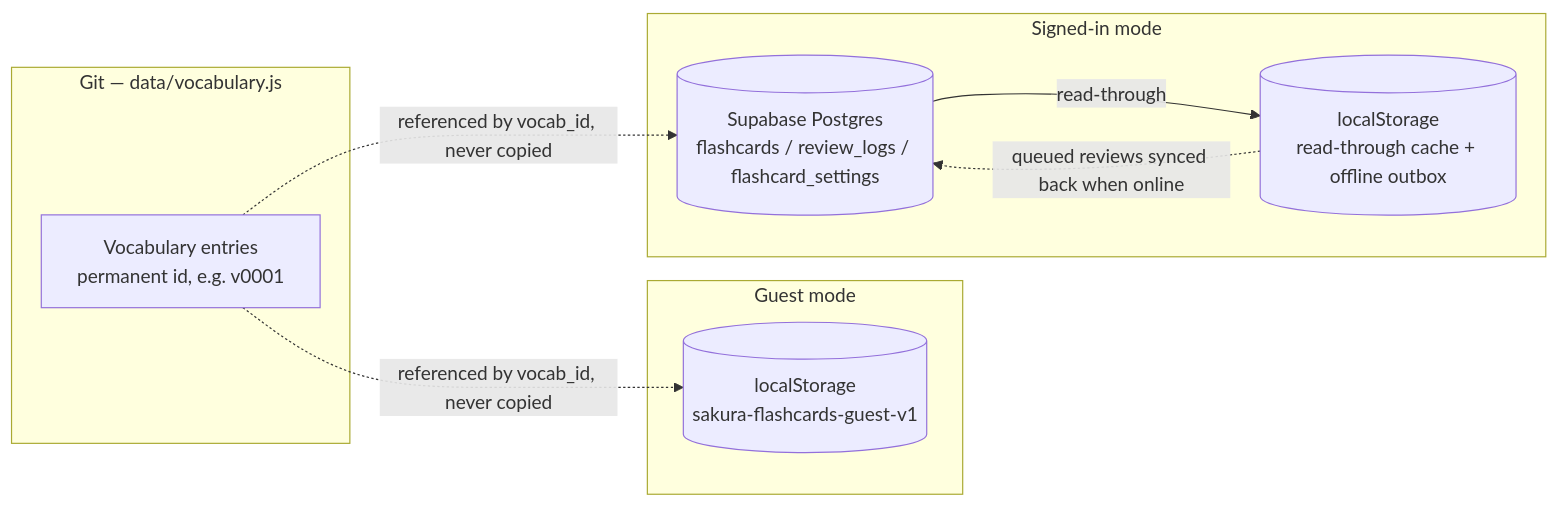
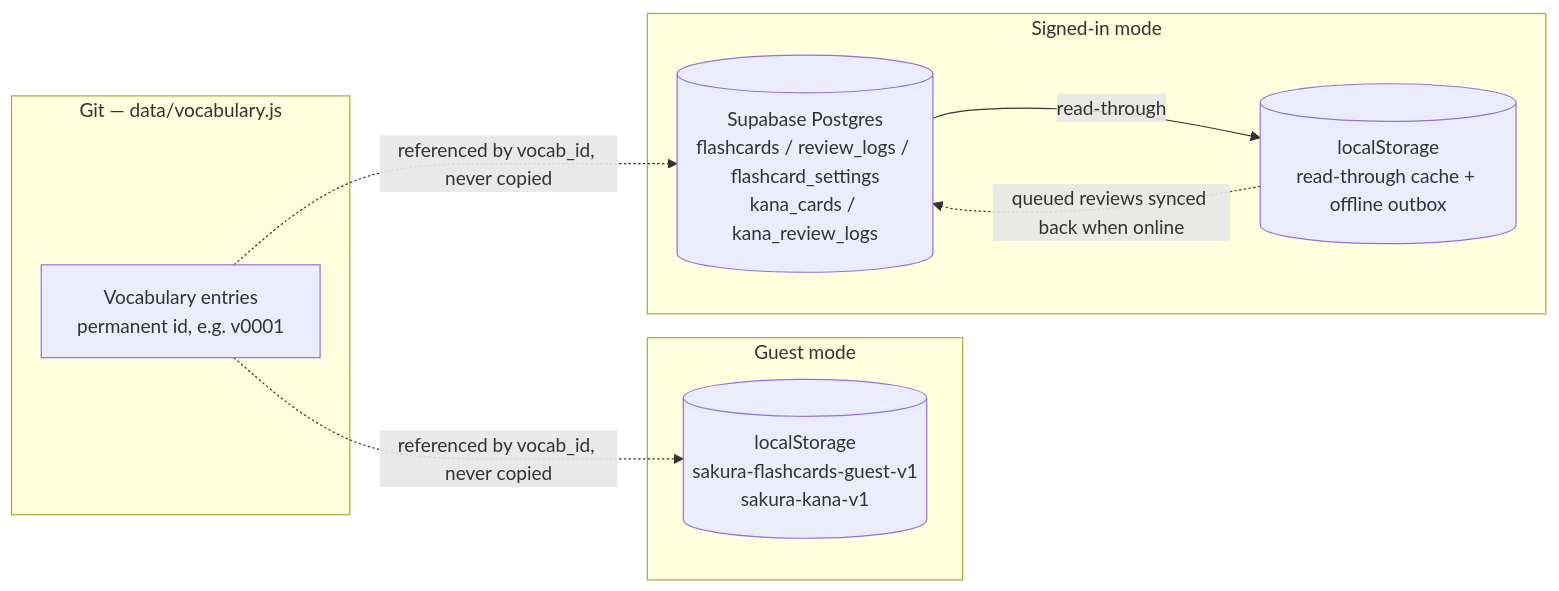
The first of 2 diagrams in README.md (xxvazquez/japanese-study), drawn with Mermaid before and after one commit. The commit also changed other lines of this file and 7 other files, not shown here.

First line of the commit message:
Sync the Kana trainer through the account, like the vocab cards

````diff
--- a/README.md
+++ b/README.md
@@ -114,18 +115,18 @@
 ```mermaid
 flowchart LR
     subgraph git["Git — data/vocabulary.js"]
         V["Vocabulary entries<br/>permanent id, e.g. v0001"]
     end
     subgraph guest["Guest mode"]
-        LS[("localStorage<br/>sakura-flashcards-guest-v1")]
+        LS[("localStorage<br/>sakura-flashcards-guest-v1<br/>sakura-kana-v1")]
     end
     subgraph account["Signed-in mode"]
-        SB[("Supabase Postgres<br/>flashcards / review_logs / flashcard_settings")]
+        SB[("Supabase Postgres<br/>flashcards / review_logs / flashcard_settings<br/>kana_cards / kana_review_logs")]
         Cache[("localStorage<br/>read-through cache + offline outbox")]
     end
 
     V -. "referenced by vocab_id, never copied" .-> LS
     V -. "referenced by vocab_id, never copied" .-> SB
     SB -- "read-through" --> Cache
     Cache -. "queued reviews synced back when online" .-> SB
 ```
````
